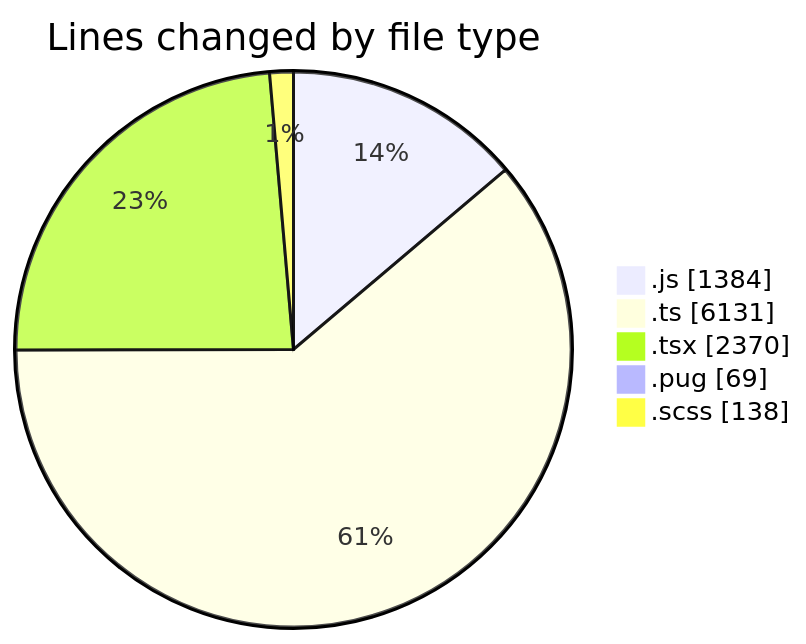
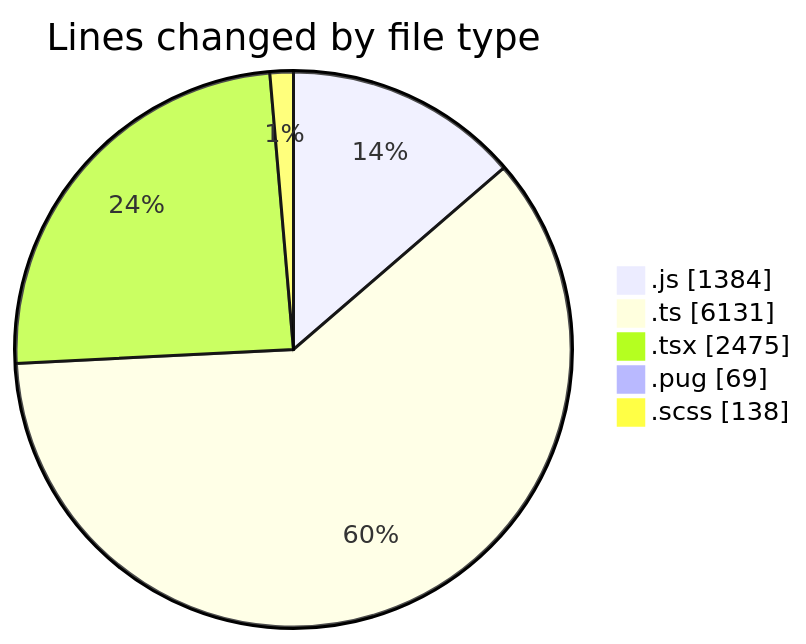
The first of 2 diagrams in 2025-03-25/cda/README.md (momahboobian/code-tracking), drawn with Mermaid before and after one commit. The commit also changed other lines of this file and 1 other file, not shown here.

````diff
--- a/2025-03-25/cda/README.md
+++ b/2025-03-25/cda/README.md
@@ -39,9 +39,9 @@
 ```mermaid
 pie showData
 title Lines changed by file type
 ".js" : 1384
 ".ts" : 6131
-".tsx" : 2370
+".tsx" : 2475
 ".pug" : 69
 ".scss" : 138
 ```
````
